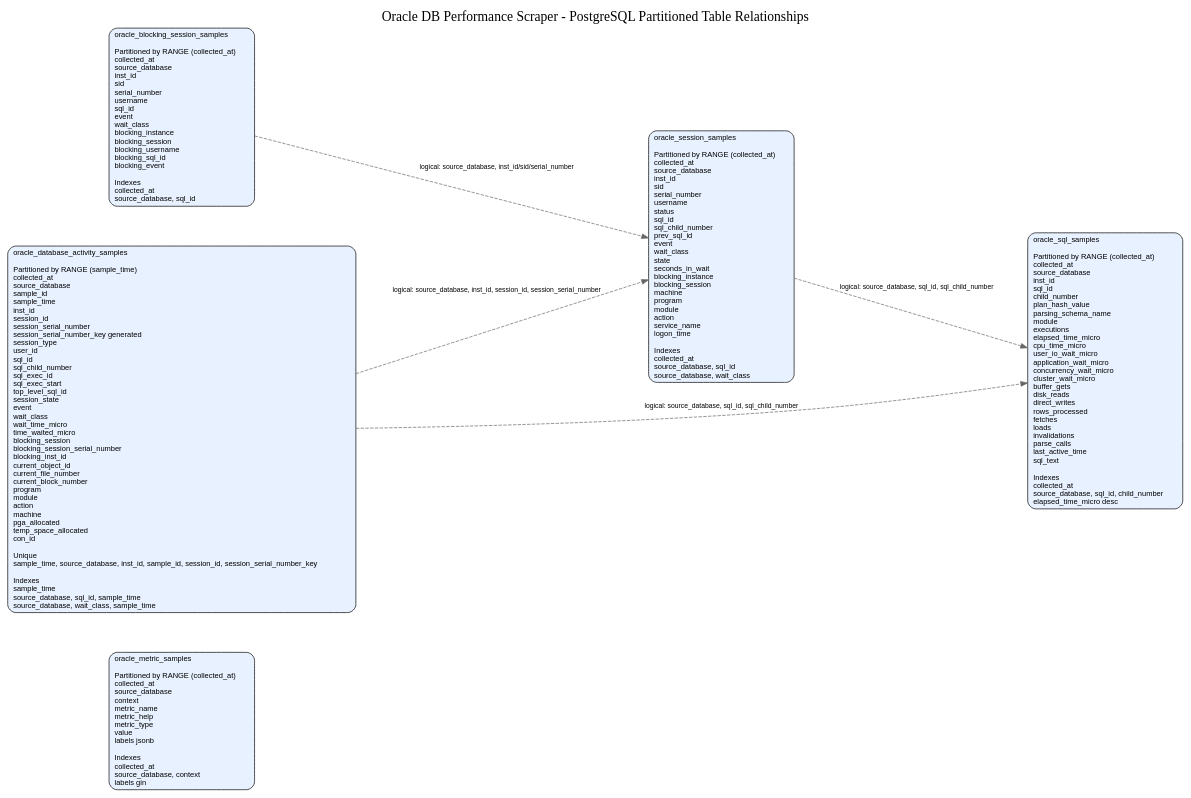
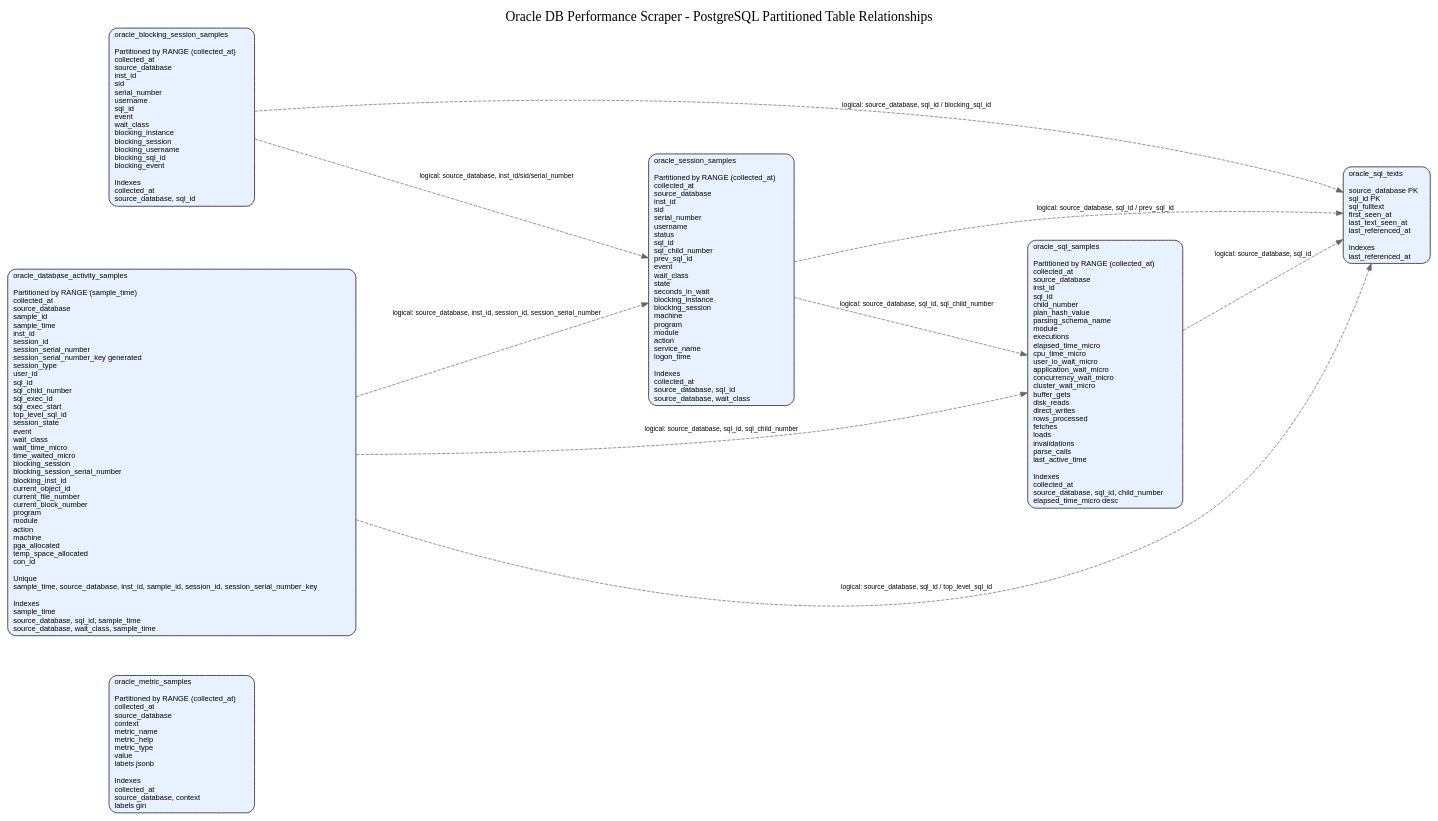
One commit to OneClickDBA/harry-performance-scraper changed the diagram in doc/postgresql_table_relationships.dot. Above: the diagram before and after it, drawn with Graphviz. The commit also changed 9 other files, not shown here.

First line of the commit message:
SQL TEXT to own table, space saver

```diff
--- a/doc/postgresql_table_relationships.dot
+++ b/doc/postgresql_table_relationships.dot
@@ -1,69 +1,97 @@
 digraph postgresql_table_relationships {
   graph [
     label="Oracle DB Performance Scraper - PostgreSQL Partitioned Table Relationships",
     labelloc=t,
     fontsize=20,
     rankdir=LR,
     splines=spline,
     nodesep=0.8,
     ranksep=1.1
   ];
 
   node [
     shape=box,
     style="rounded,filled",
     fillcolor="#e8f1ff",
     fontsize=11,
     fontname="Helvetica"
   ];
 
   edge [
     fontsize=10,
     fontname="Helvetica"
   ];
 
   oracle_metric_samples [
     label="oracle_metric_samples\l\lPartitioned by RANGE (collected_at)\lcollected_at\lsource_database\lcontext\lmetric_name\lmetric_help\lmetric_type\lvalue\llabels jsonb\l\lIndexes\lcollected_at\lsource_database, context\llabels gin\l"
   ];
 
   oracle_sql_samples [
-    label="oracle_sql_samples\l\lPartitioned by RANGE (collected_at)\lcollected_at\lsource_database\linst_id\lsql_id\lchild_number\lplan_hash_value\lparsing_schema_name\lmodule\lexecutions\lelapsed_time_micro\lcpu_time_micro\luser_io_wait_micro\lapplication_wait_micro\lconcurrency_wait_micro\lcluster_wait_micro\lbuffer_gets\ldisk_reads\ldirect_writes\lrows_processed\lfetches\lloads\linvalidations\lparse_calls\llast_active_time\lsql_text\l\lIndexes\lcollected_at\lsource_database, sql_id, child_number\lelapsed_time_micro desc\l"
+    label="oracle_sql_samples\l\lPartitioned by RANGE (collected_at)\lcollected_at\lsource_database\linst_id\lsql_id\lchild_number\lplan_hash_value\lparsing_schema_name\lmodule\lexecutions\lelapsed_time_micro\lcpu_time_micro\luser_io_wait_micro\lapplication_wait_micro\lconcurrency_wait_micro\lcluster_wait_micro\lbuffer_gets\ldisk_reads\ldirect_writes\lrows_processed\lfetches\lloads\linvalidations\lparse_calls\llast_active_time\l\lIndexes\lcollected_at\lsource_database, sql_id, child_number\lelapsed_time_micro desc\l"
+  ];
+
+  oracle_sql_texts [
+    label="oracle_sql_texts\l\lsource_database PK\lsql_id PK\lsql_fulltext\lfirst_seen_at\llast_text_seen_at\llast_referenced_at\l\lIndexes\llast_referenced_at\l"
   ];
 
   oracle_session_samples [
     label="oracle_session_samples\l\lPartitioned by RANGE (collected_at)\lcollected_at\lsource_database\linst_id\lsid\lserial_number\lusername\lstatus\lsql_id\lsql_child_number\lprev_sql_id\levent\lwait_class\lstate\lseconds_in_wait\lblocking_instance\lblocking_session\lmachine\lprogram\lmodule\laction\lservice_name\llogon_time\l\lIndexes\lcollected_at\lsource_database, sql_id\lsource_database, wait_class\l"
   ];
 
   oracle_blocking_session_samples [
     label="oracle_blocking_session_samples\l\lPartitioned by RANGE (collected_at)\lcollected_at\lsource_database\linst_id\lsid\lserial_number\lusername\lsql_id\levent\lwait_class\lblocking_instance\lblocking_session\lblocking_username\lblocking_sql_id\lblocking_event\l\lIndexes\lcollected_at\lsource_database, sql_id\l"
   ];
 
   oracle_database_activity_samples [
     label="oracle_database_activity_samples\l\lPartitioned by RANGE (sample_time)\lcollected_at\lsource_database\lsample_id\lsample_time\linst_id\lsession_id\lsession_serial_number\lsession_serial_number_key generated\lsession_type\luser_id\lsql_id\lsql_child_number\lsql_exec_id\lsql_exec_start\ltop_level_sql_id\lsession_state\levent\lwait_class\lwait_time_micro\ltime_waited_micro\lblocking_session\lblocking_session_serial_number\lblocking_inst_id\lcurrent_object_id\lcurrent_file_number\lcurrent_block_number\lprogram\lmodule\laction\lmachine\lpga_allocated\ltemp_space_allocated\lcon_id\l\lUnique\lsample_time, source_database, inst_id, sample_id, session_id, session_serial_number_key\l\lIndexes\lsample_time\lsource_database, sql_id, sample_time\lsource_database, wait_class, sample_time\l"
   ];
 
   // Logical relationships used by dashboards and analysis queries.
   oracle_session_samples -> oracle_sql_samples [
     label="logical: source_database, sql_id, sql_child_number",
     style=dashed,
     color="#666666"
   ];
 
   oracle_blocking_session_samples -> oracle_session_samples [
     label="logical: source_database, inst_id/sid/serial_number",
     style=dashed,
     color="#666666"
   ];
 
   oracle_database_activity_samples -> oracle_sql_samples [
     label="logical: source_database, sql_id, sql_child_number",
     style=dashed,
     color="#666666"
   ];
 
+  oracle_sql_samples -> oracle_sql_texts [
+    label="logical: source_database, sql_id",
+    style=dashed,
+    color="#666666"
+  ];
+
+  oracle_session_samples -> oracle_sql_texts [
+    label="logical: source_database, sql_id / prev_sql_id",
+    style=dashed,
+    color="#666666"
+  ];
+
+  oracle_blocking_session_samples -> oracle_sql_texts [
+    label="logical: source_database, sql_id / blocking_sql_id",
+    style=dashed,
+    color="#666666"
+  ];
+
+  oracle_database_activity_samples -> oracle_sql_texts [
+    label="logical: source_database, sql_id / top_level_sql_id",
+    style=dashed,
+    color="#666666"
+  ];
+
   oracle_database_activity_samples -> oracle_session_samples [
     label="logical: source_database, inst_id, session_id, session_serial_number",
     style=dashed,
     color="#666666"
   ];
 }
```
